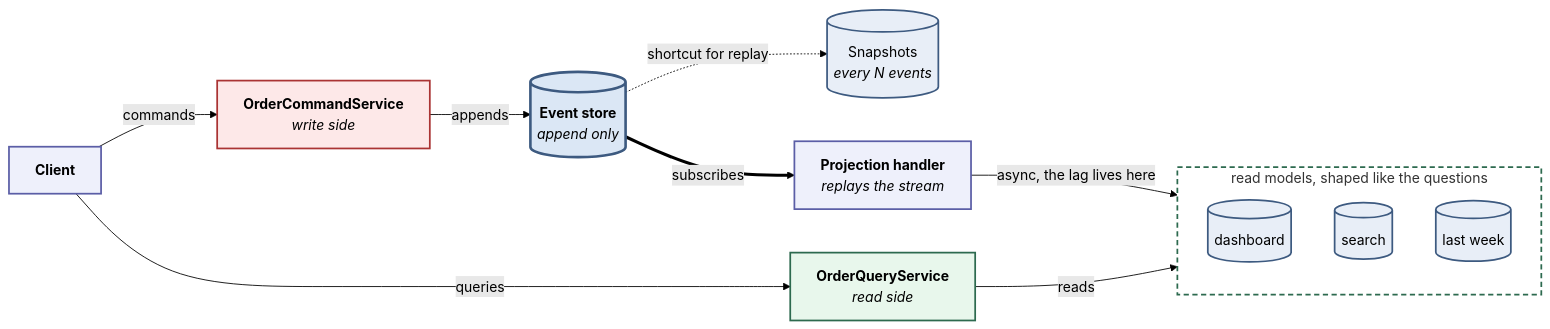
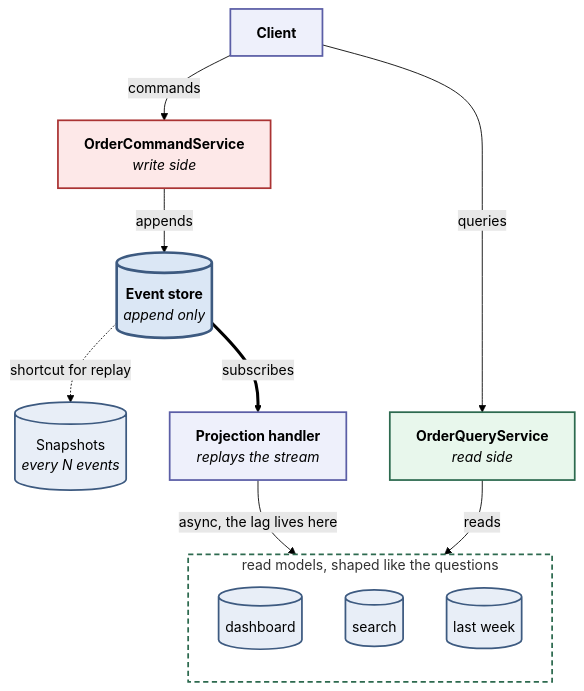
The diagram in assets/article_images/2026-08-21-from-cqrs-to-event-driven-architecture/04-es-cqrs.mmd (maldins46/comepaolo-blog-v2), drawn with Mermaid (forest theme) before and after one commit. The commit also changed 7 other files, not shown here.

Commit message:
fix: Adjusted chart orientation for readability

```diff
--- a/assets/article_images/2026-08-21-from-cqrs-to-event-driven-architecture/04-es-cqrs.mmd
+++ b/assets/article_images/2026-08-21-from-cqrs-to-event-driven-architecture/04-es-cqrs.mmd
@@ -1,34 +1,34 @@
-flowchart LR
+flowchart TB
   C["<b>Client</b>"]
   CS["<b>OrderCommandService</b><br/><i>write side</i>"]
   ES[("<b>Event store</b><br/><i>append only</i>")]
   SN[("Snapshots<br/><i>every N events</i>")]
   H["<b>Projection handler</b><br/><i>replays the stream</i>"]
   QS["<b>OrderQueryService</b><br/><i>read side</i>"]
 
   subgraph RM["read models, shaped like the questions"]
     direction TB
     R1[("dashboard")]
     R2[("search")]
     R3[("last week")]
   end
 
   C -->|commands| CS
   CS -->|appends| ES
   ES -.->|shortcut for replay| SN
   ES ==>|subscribes| H
   H -->|async, the lag lives here| RM
   C -->|queries| QS
   QS -->|reads| RM
 
   classDef store fill:#e8eef7,stroke:#3d5a80,stroke-width:2px
   classDef main fill:#dbe7f5,stroke:#3d5a80,stroke-width:3px
   classDef write fill:#fde8e8,stroke:#a33,stroke-width:2px
   classDef read fill:#e8f7ec,stroke:#2d6a4f,stroke-width:2px
   classDef comp fill:#eef0fb,stroke:#5b5ea6,stroke-width:2px
   class ES main
   class SN,R1,R2,R3 store
   class CS write
   class QS read
   class C,H comp
   style RM fill:#ffffff,stroke:#2d6a4f,stroke-width:2px,stroke-dasharray: 6 4
```
